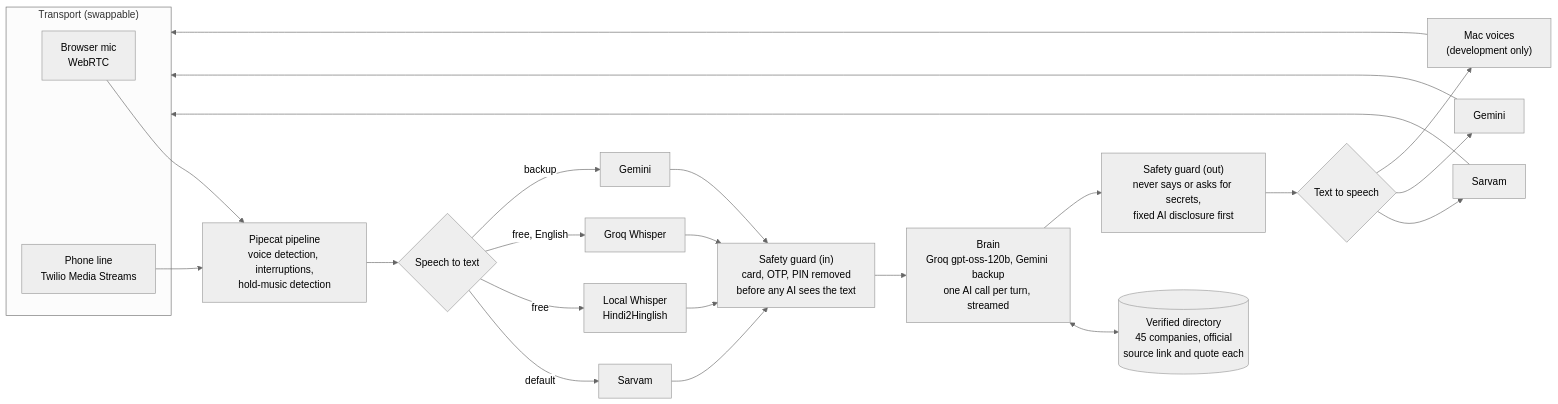
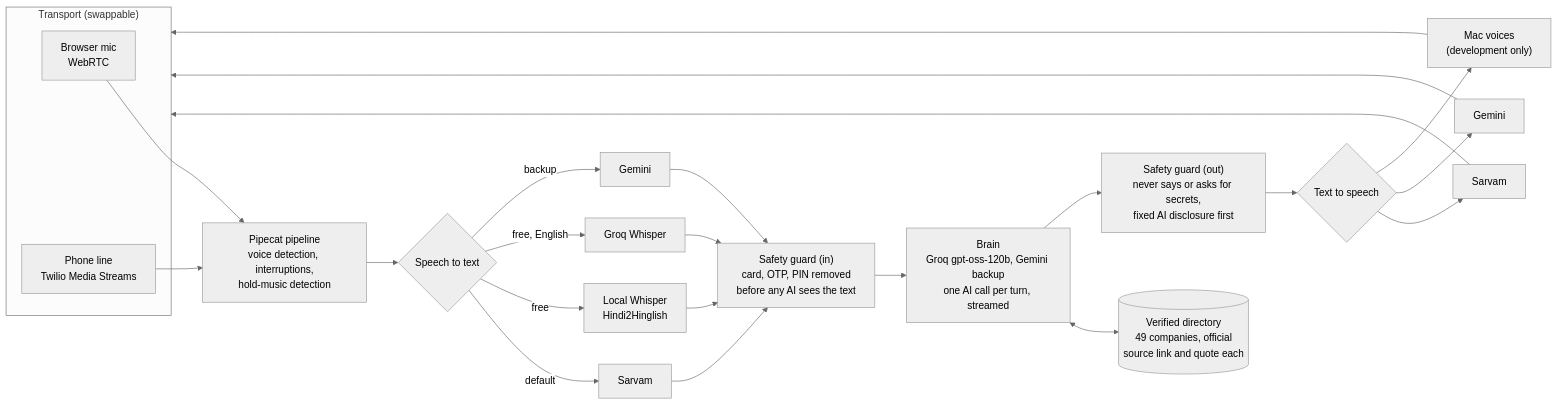
Before and after one commit to shuklabhoomi521-web/nivaran-ai: the diagram in README.md, drawn with Mermaid (neutral theme). The commit also changed other lines of this file and 7 other files, not shown here.

Commit message:
Directory: Canara Bank, ACT Fibernet, IGL, HP Gas (49 companies); notes and counts

````diff
--- a/README.md
+++ b/README.md
@@ -48,28 +48,28 @@
 ```mermaid
 flowchart LR
     subgraph IN["Transport (swappable)"]
         B["Browser mic<br/>WebRTC"]
         P["Phone line<br/>Twilio Media Streams"]
     end
     B --> V
     P --> V
     V["Pipecat pipeline<br/>voice detection, interruptions,<br/>hold-music detection"] --> S{"Speech to text"}
     S -->|default| S1["Sarvam"]
     S -->|free| S2["Local Whisper<br/>Hindi2Hinglish"]
     S -->|"free, English"| S3["Groq Whisper"]
     S -->|backup| S4["Gemini"]
     S1 --> G1
     S2 --> G1
     S3 --> G1
     S4 --> G1
     G1["Safety guard (in)<br/>card, OTP, PIN removed<br/>before any AI sees the text"] --> BR
-    BR["Brain<br/>Groq gpt-oss-120b, Gemini backup<br/>one AI call per turn, streamed"] <--> D[("Verified directory<br/>45 companies, official<br/>source link and quote each")]
+    BR["Brain<br/>Groq gpt-oss-120b, Gemini backup<br/>one AI call per turn, streamed"] <--> D[("Verified directory<br/>49 companies, official<br/>source link and quote each")]
     BR --> G2["Safety guard (out)<br/>never says or asks for secrets,<br/>fixed AI disclosure first"]
     G2 --> T{"Text to speech"}
     T --> T1["Sarvam"]
     T --> T2["Gemini"]
     T --> T3["Mac voices<br/>(development only)"]
     T1 --> IN
     T2 --> IN
     T3 --> IN
 ```
````
